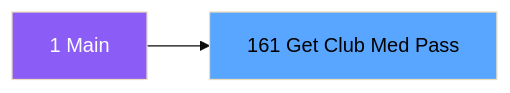
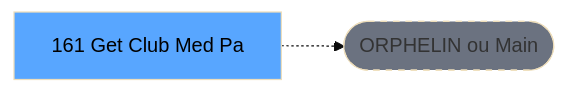
The second of 3 diagrams in .openspec/specs/ADH-IDE-161.md (thonyAGP/lecteur-magic), drawn with Mermaid (base theme) before and after one commit. The commit also changed other lines of this file and 701 other files, not shown here.

````diff
--- a/.openspec/specs/ADH-IDE-161.md
+++ b/.openspec/specs/ADH-IDE-161.md
@@ -109,8 +117,8 @@
 ```mermaid
 graph LR
-    M[1 Main]
-    T[161 Get Club Med Pass]
-    M --> T
-    style M fill:#8b5cf6,color:#fff
+    T[161 Get Club Med Pa]
+    ORPHAN([ORPHELIN ou Main])
+    T -.-> ORPHAN
     style T fill:#58a6ff,color:#000
+    style ORPHAN fill:#6b7280,stroke-dasharray: 5 5
 ```
````
